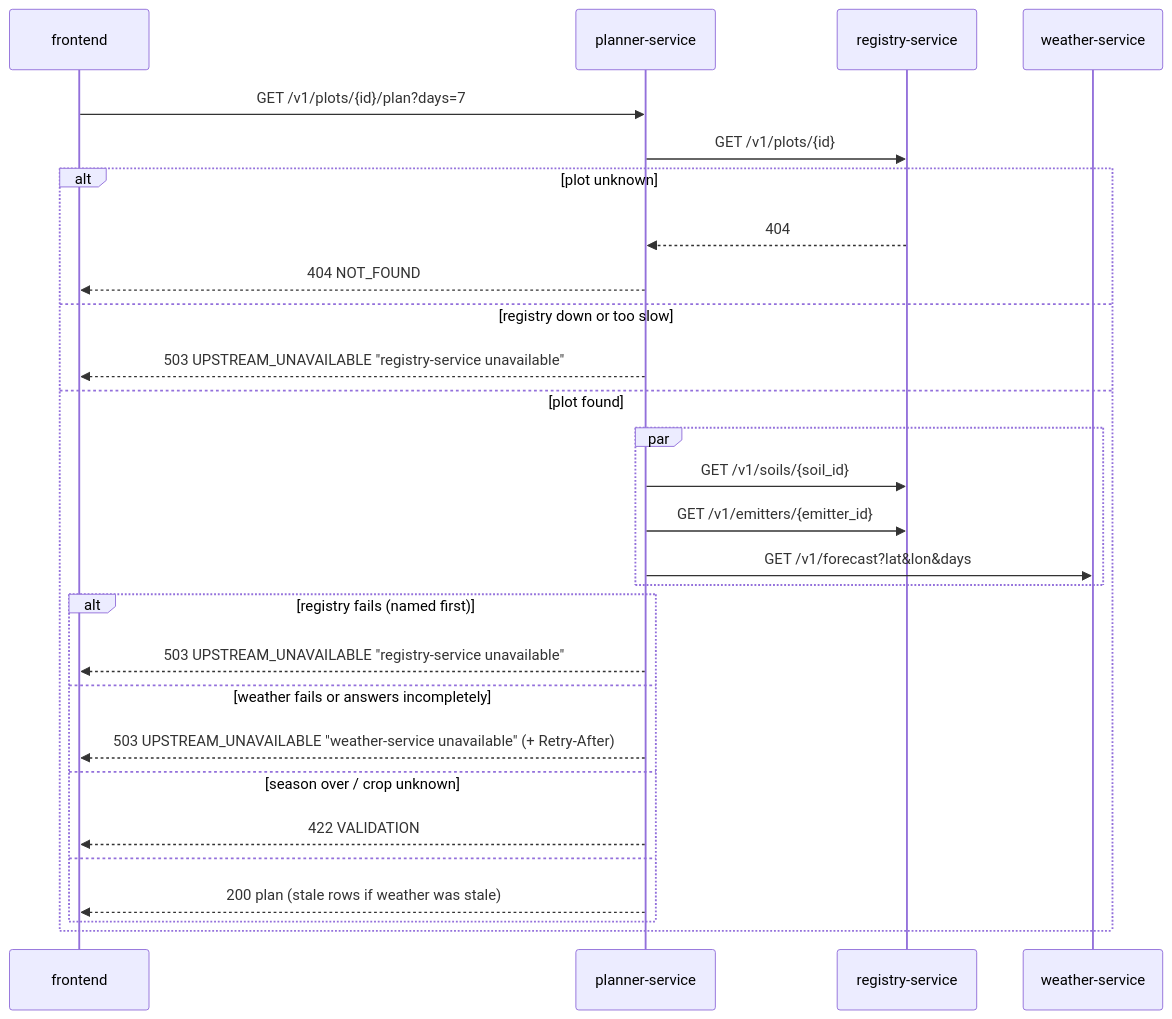
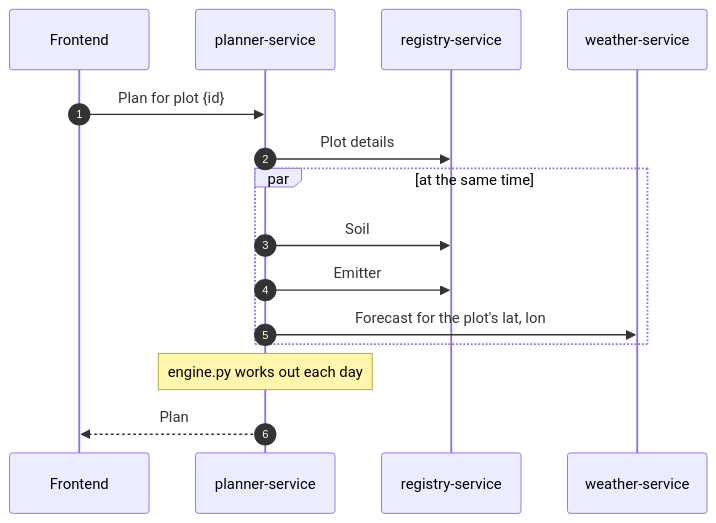
Before and after one commit to misterem/ArgoPilot: the first of 2 diagrams in services/planner-service/README.md, drawn with Mermaid. The commit also changed other lines of this file and 1 other file, not shown here.

Commit message:
docs: simpler flow diagrams (short sequence + decision flowchart) for weather and planner

````diff
--- a/services/planner-service/README.md
+++ b/services/planner-service/README.md
@@ -98,30 +102,17 @@
 ```mermaid
 sequenceDiagram
-    participant F as frontend
+    autonumber
+    participant F as Frontend
     participant P as planner-service
     participant R as registry-service
     participant W as weather-service
-    F->>P: GET /v1/plots/{id}/plan?days=7
-    P->>R: GET /v1/plots/{id}
-    alt plot unknown
-        R-->>P: 404
-        P-->>F: 404 NOT_FOUND
-    else registry down or too slow
-        P-->>F: 503 UPSTREAM_UNAVAILABLE "registry-service unavailable"
-    else plot found
-        par
-            P->>R: GET /v1/soils/{soil_id}
-            P->>R: GET /v1/emitters/{emitter_id}
-            P->>W: GET /v1/forecast?lat&lon&days
-        end
-        alt registry fails (named first)
-            P-->>F: 503 UPSTREAM_UNAVAILABLE "registry-service unavailable"
-        else weather fails or answers incompletely
-            P-->>F: 503 UPSTREAM_UNAVAILABLE "weather-service unavailable" (+ Retry-After)
-        else season over / crop unknown
-            P-->>F: 422 VALIDATION
-        else
-            P-->>F: 200 plan (stale rows if weather was stale)
-        end
+    F->>P: Plan for plot {id}
+    P->>R: Plot details
+    par at the same time
+        P->>R: Soil
+        P->>R: Emitter
+        P->>W: Forecast for the plot's lat, lon
     end
+    Note over P: engine.py works out each day
+    P-->>F: Plan
 ```
````
